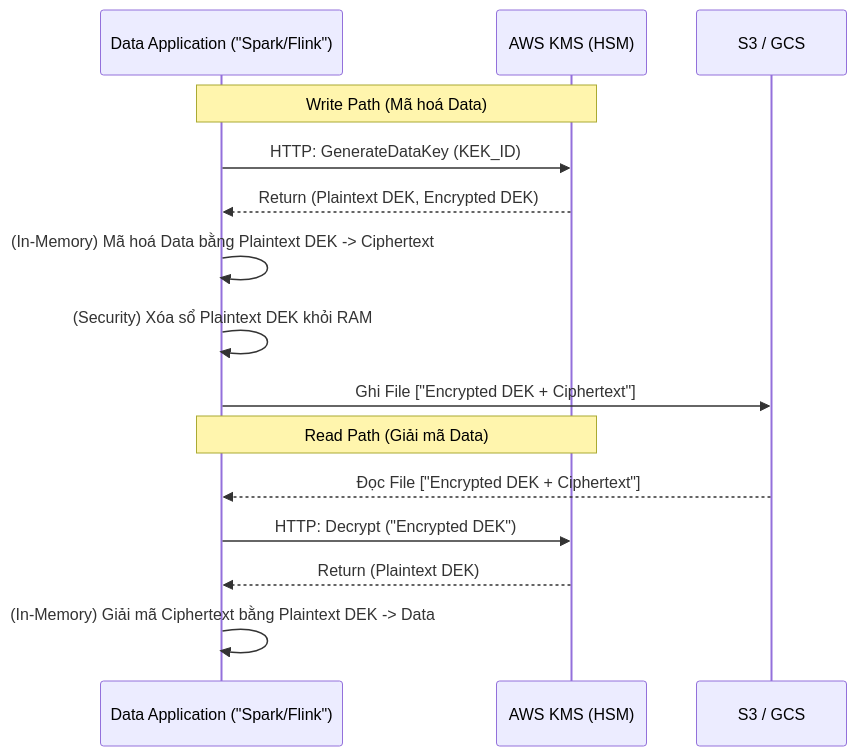
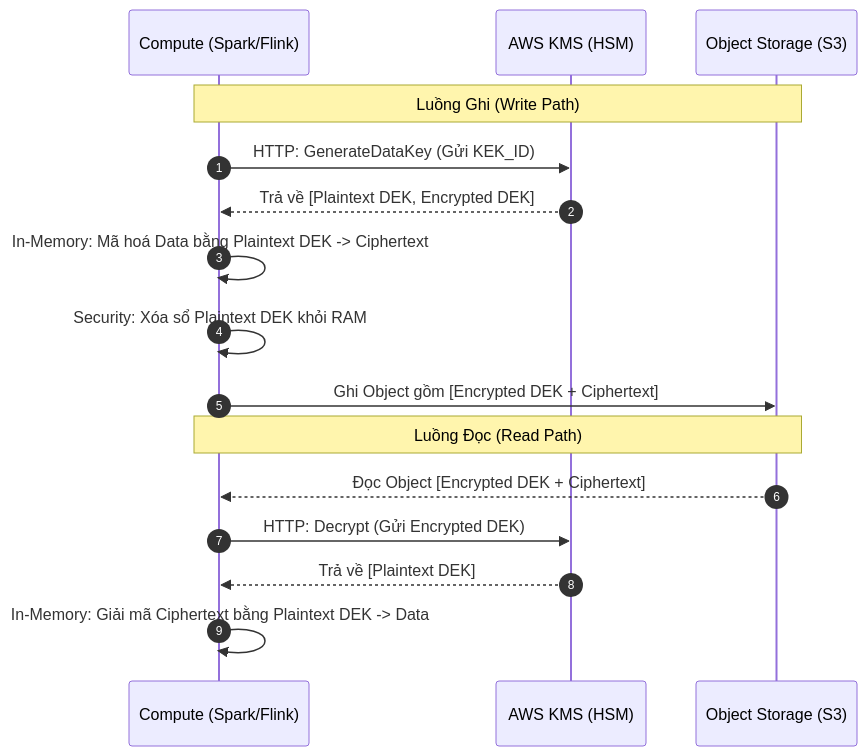
One commit to kythuatdulieu/kythuatdulieu.github.io changed the first of 2 diagrams in src/content/docs/concepts/8-security-governance-finops/data-masking-encryption.md. Above: the diagram before and after it, drawn with Mermaid. The commit also changed other lines of this file and 1 other file, not shown here.

Commit message:
rewrite(8-security-governance-finops): data-masking-encryption

````diff
--- a/src/content/docs/concepts/8-security-governance-finops/data-masking-encryption.md
+++ b/src/content/docs/concepts/8-security-governance-finops/data-masking-encryption.md
@@ -32,19 +50,20 @@
 ```mermaid
 sequenceDiagram
-    participant App as Data Application ("Spark/Flink")
+    autonumber
+    participant App as Compute (Spark/Flink)
     participant KMS as AWS KMS (HSM)
-    participant Storage as S3 / GCS
+    participant Storage as Object Storage (S3)
     
-    Note over App, KMS: Write Path (Mã hoá Data)
-    App->>KMS: HTTP: GenerateDataKey (KEK_ID)
-    KMS-->>App: Return (Plaintext DEK, Encrypted DEK)
-    App->>App: (In-Memory) Mã hoá Data bằng Plaintext DEK -> Ciphertext
-    App->>App: (Security) Xóa sổ Plaintext DEK khỏi RAM
-    App->>Storage: Ghi File ["Encrypted DEK + Ciphertext"]
+    Note over App, Storage: Luồng Ghi (Write Path)
+    App->>KMS: HTTP: GenerateDataKey (Gửi KEK_ID)
+    KMS-->>App: Trả về [Plaintext DEK, Encrypted DEK]
+    App->>App: In-Memory: Mã hoá Data bằng Plaintext DEK -> Ciphertext
+    App->>App: Security: Xóa sổ Plaintext DEK khỏi RAM
+    App->>Storage: Ghi Object gồm [Encrypted DEK + Ciphertext]
     
-    Note over App, KMS: Read Path (Giải mã Data)
-    Storage-->>App: Đọc File ["Encrypted DEK + Ciphertext"]
-    App->>KMS: HTTP: Decrypt ("Encrypted DEK")
-    KMS-->>App: Return (Plaintext DEK)
-    App->>App: (In-Memory) Giải mã Ciphertext bằng Plaintext DEK -> Data
+    Note over App, Storage: Luồng Đọc (Read Path)
+    Storage-->>App: Đọc Object [Encrypted DEK + Ciphertext]
+    App->>KMS: HTTP: Decrypt (Gửi Encrypted DEK)
+    KMS-->>App: Trả về [Plaintext DEK]
+    App->>App: In-Memory: Giải mã Ciphertext bằng Plaintext DEK -> Data
 ```
````
